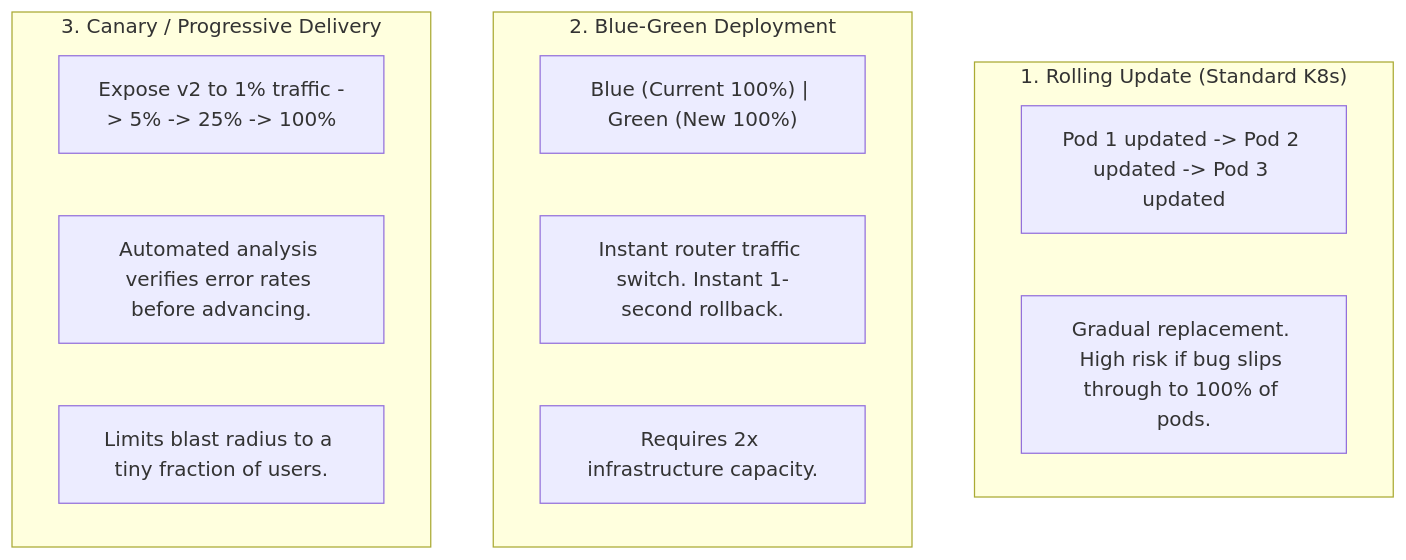
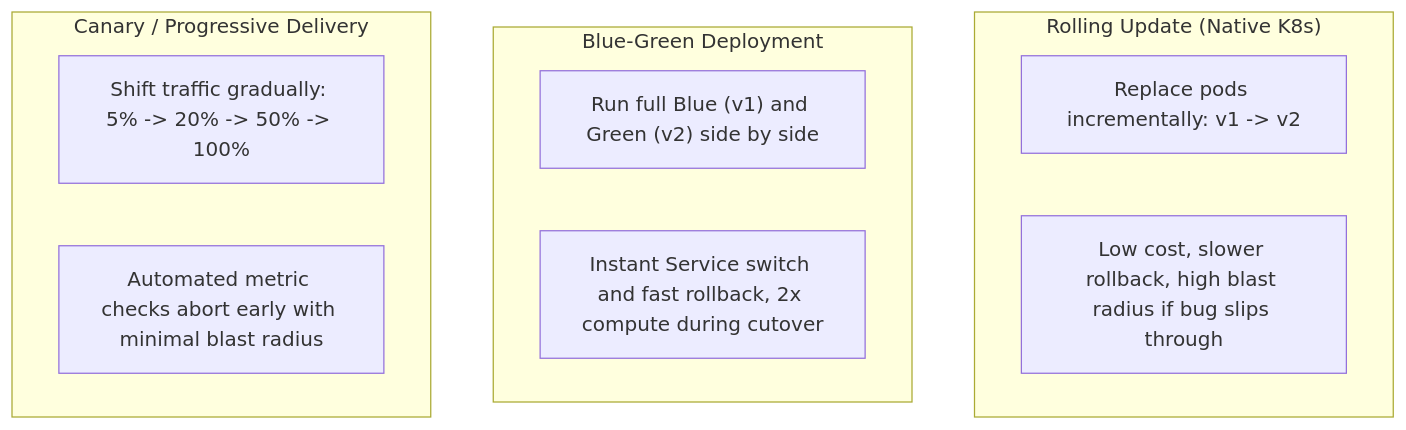
Before and after one commit to ravishankar2463/java_hub: the first of 5 diagrams in content/roadmap/level-13/zero-downtime-deployments-blue-green-and-canary.md, drawn with Mermaid. The commit also changed other lines of this file and 119 other files, not shown here.

Commit message:
feat: add comprehensive java learning roadmap content across multiple levels

````diff
--- a/content/roadmap/level-13/zero-downtime-deployments-blue-green-and-canary.md
+++ b/content/roadmap/level-13/zero-downtime-deployments-blue-green-and-canary.md
@@ -17,19 +19,17 @@
 ```mermaid
 flowchart TD
-    subgraph RollingUpdate["1. Rolling Update (Standard K8s)"]
-        R1["Pod 1 updated -> Pod 2 updated -> Pod 3 updated"]
-        R2["Gradual replacement. High risk if bug slips through to 100% of pods."]
+    subgraph Rolling["Rolling Update (Native K8s)"]
+        R1["Replace pods incrementally: v1 -> v2"]
+        R2["Low cost, slower rollback, high blast radius if bug slips through"]
     end
 
-    subgraph BlueGreen["2. Blue-Green Deployment"]
-        BG1["Blue (Current 100%) | Green (New 100%)"]
-        BG2["Instant router traffic switch. Instant 1-second rollback."]
-        BG3["Requires 2x infrastructure capacity."]
+    subgraph BlueGreen["Blue-Green Deployment"]
+        BG1["Run full Blue (v1) and Green (v2) side by side"]
+        BG2["Instant Service switch and fast rollback, 2x compute during cutover"]
     end
 
-    subgraph Canary["3. Canary / Progressive Delivery"]
-        C1["Expose v2 to 1% traffic -> 5% -> 25% -> 100%"]
-        C2["Automated analysis verifies error rates before advancing."]
-        C3["Limits blast radius to a tiny fraction of users."]
+    subgraph Canary["Canary / Progressive Delivery"]
+        C1["Shift traffic gradually: 5% -> 20% -> 50% -> 100%"]
+        C2["Automated metric checks abort early with minimal blast radius"]
     end
 ```
````
